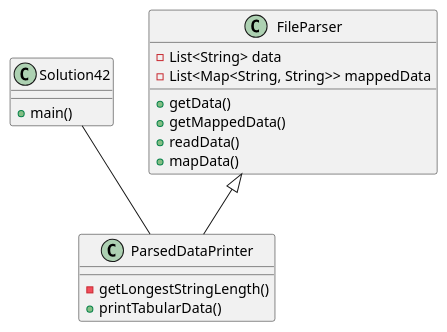
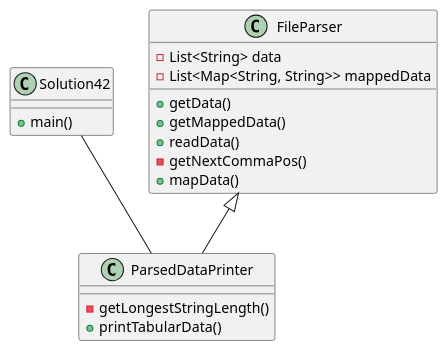
Before and after one commit to DavidABeers/beers-a04: the diagram in exercise42/docs/exercise42_diagram.puml, drawn with PlantUML. The commit also changed 27 other files, not shown here.

```diff
--- a/exercise42/docs/exercise42_diagram.puml
+++ b/exercise42/docs/exercise42_diagram.puml
@@ -1,22 +1,23 @@
 @startuml
 'https://plantuml.com/sequence-diagram
 
 class Solution42{
 +main()
 }
 class FileParser{
 -List<String> data
 -List<Map<String, String>> mappedData
 +getData()
 +getMappedData()
 +readData()
+-getNextCommaPos()
 +mapData()
 }
 class ParsedDataPrinter{
 -getLongestStringLength()
 +printTabularData()
 }
 
 Solution42 -- ParsedDataPrinter
 FileParser <|-- ParsedDataPrinter
 @enduml
```
